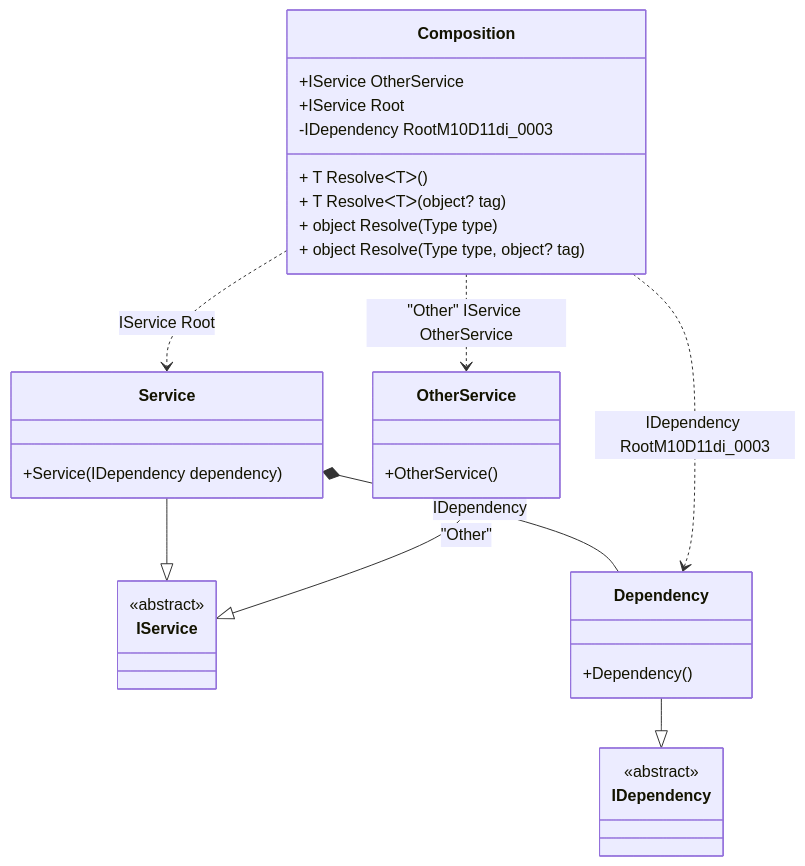
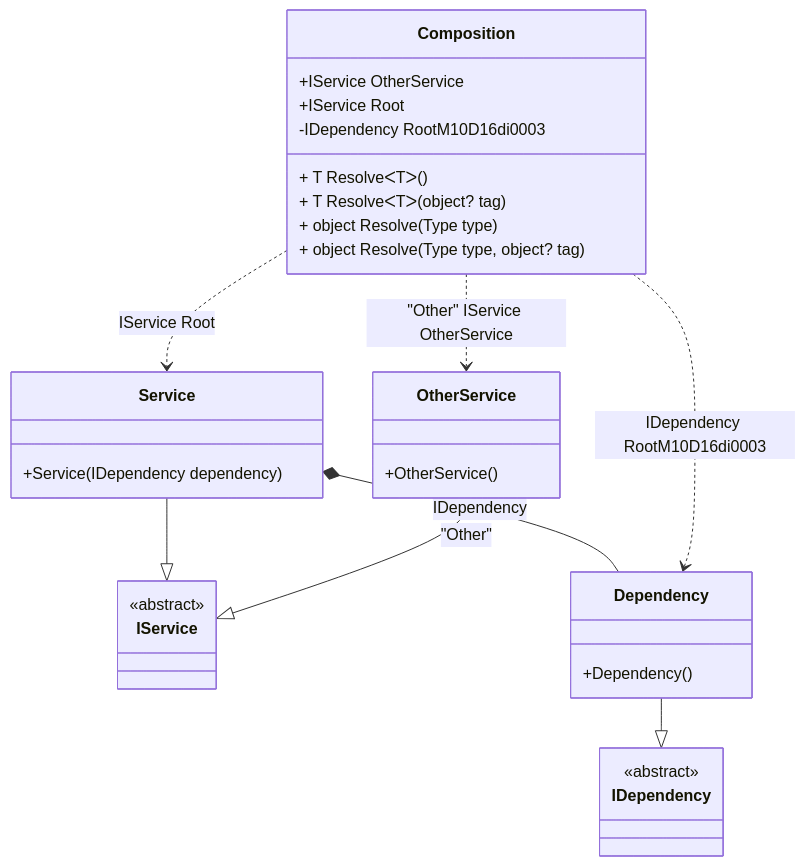
One commit to DevTeam/Pure.DI changed the diagram in readme/composition-roots.md. Above: the diagram before and after it, drawn with Mermaid. The commit also changed other lines of this file and 65 other files, not shown here.

````diff
--- a/readme/composition-roots.md
+++ b/readme/composition-roots.md
@@ -45,34 +45,34 @@
 ```mermaid
 classDiagram
   class Composition {
     +IService OtherService
     +IService Root
-    -IDependency RootM10D11di_0003
+    -IDependency RootM10D16di0003
     + T ResolveᐸTᐳ()
     + T ResolveᐸTᐳ(object? tag)
     + object Resolve(Type type)
     + object Resolve(Type type, object? tag)
   }
   Service --|> IService : 
   class Service {
     +Service(IDependency dependency)
   }
   OtherService --|> IService : "Other" 
   class OtherService {
     +OtherService()
   }
   Dependency --|> IDependency : 
   class Dependency {
     +Dependency()
   }
   class IService {
     <<abstract>>
   }
   class IDependency {
     <<abstract>>
   }
   Service *--  Dependency : IDependency
   Composition ..> Service : IService Root
   Composition ..> OtherService : "Other" IService OtherService
-  Composition ..> Dependency : IDependency RootM10D11di_0003
+  Composition ..> Dependency : IDependency RootM10D16di0003
 ```
````
